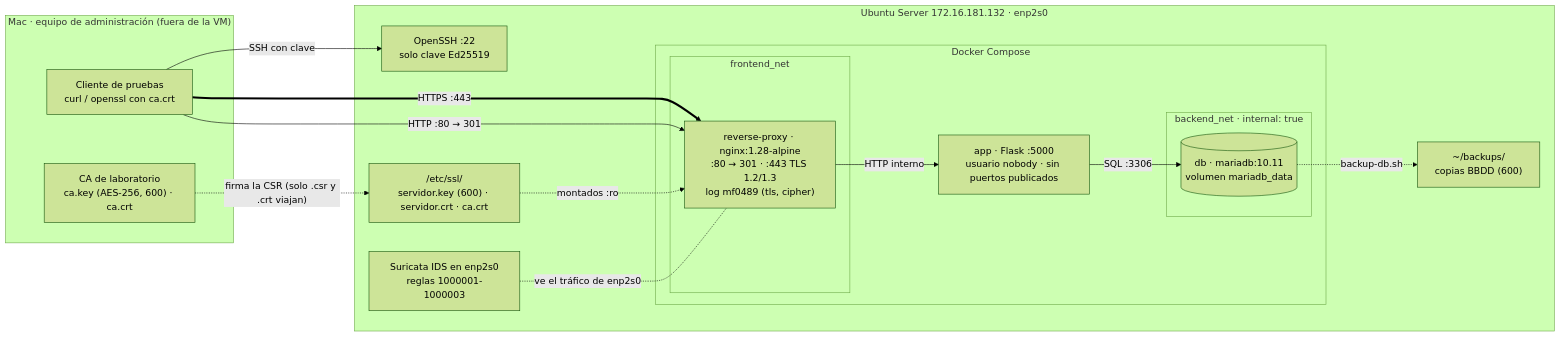
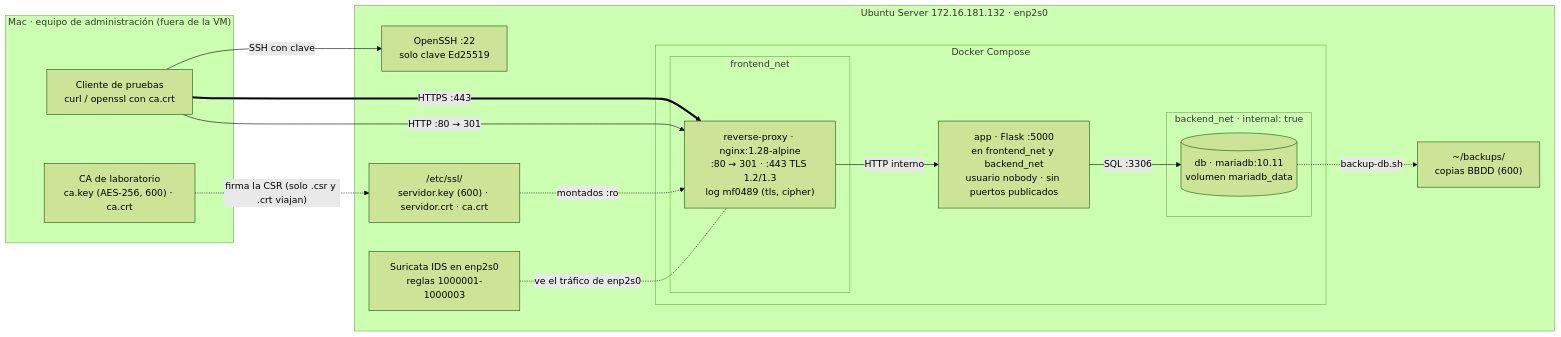
One commit to margalefxr/opsmatrix-lab changed the diagram in docs/mf0489/arquitectura-final.mmd. Above: the diagram before and after it, drawn with Mermaid (forest theme). The commit also changed 32 other files, not shown here.

```diff
--- a/docs/mf0489/arquitectura-final.mmd
+++ b/docs/mf0489/arquitectura-final.mmd
@@ -1,32 +1,32 @@
 flowchart LR
     subgraph MAC["Mac · equipo de administración (fuera de la VM)"]
         CA["CA de laboratorio<br/>ca.key (AES-256, 600) · ca.crt"]
         CLI["Cliente de pruebas<br/>curl / openssl con ca.crt"]
     end
 
     subgraph VM["Ubuntu Server 172.16.181.132 · enp2s0"]
         SSH["OpenSSH :22<br/>solo clave Ed25519"]
         SUR["Suricata IDS en enp2s0<br/>reglas 1000001-1000003"]
         PKI["/etc/ssl/<br/>servidor.key (600) · servidor.crt · ca.crt"]
         BK["~/backups/<br/>copias BBDD (600)"]
 
         subgraph DOCKER["Docker Compose"]
             subgraph FRONT["frontend_net"]
                 RP["reverse-proxy · nginx:1.28-alpine<br/>:80 → 301 · :443 TLS 1.2/1.3<br/>log mf0489 (tls, cipher)"]
             end
-            APP["app · Flask :5000<br/>usuario nobody · sin puertos publicados"]
+            APP["app · Flask :5000<br/>en frontend_net y backend_net<br/>usuario nobody · sin puertos publicados"]
             subgraph BACK["backend_net · internal: true"]
                 DB[("db · mariadb:10.11<br/>volumen mariadb_data")]
             end
         end
     end
 
     CA -. "firma la CSR (solo .csr y .crt viajan)" .-> PKI
     CLI == "HTTPS :443" ==> RP
     CLI -- "HTTP :80 → 301" --> RP
     CLI -- "SSH con clave" --> SSH
     PKI -. "montados :ro" .-> RP
     RP -- "HTTP interno" --> APP
     APP -- "SQL :3306" --> DB
     DB -. "backup-db.sh" .-> BK
     SUR -. "ve el tráfico de enp2s0" .- RP
```
